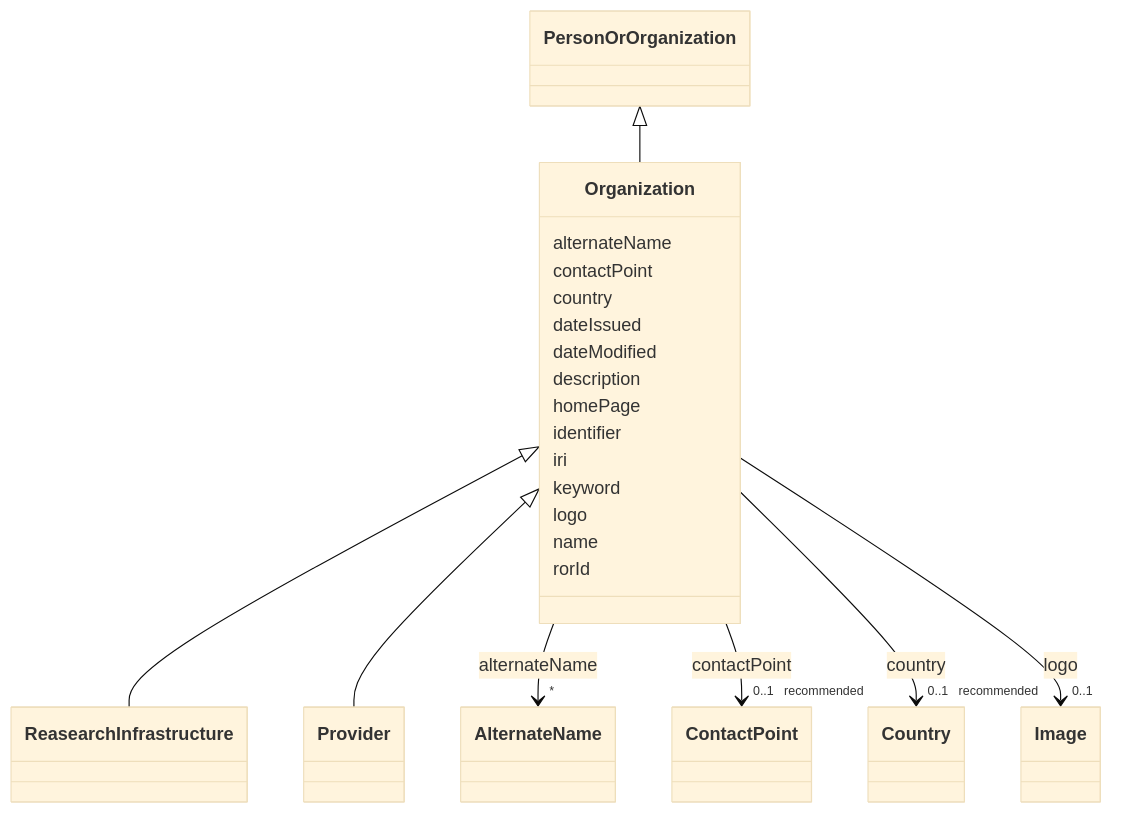
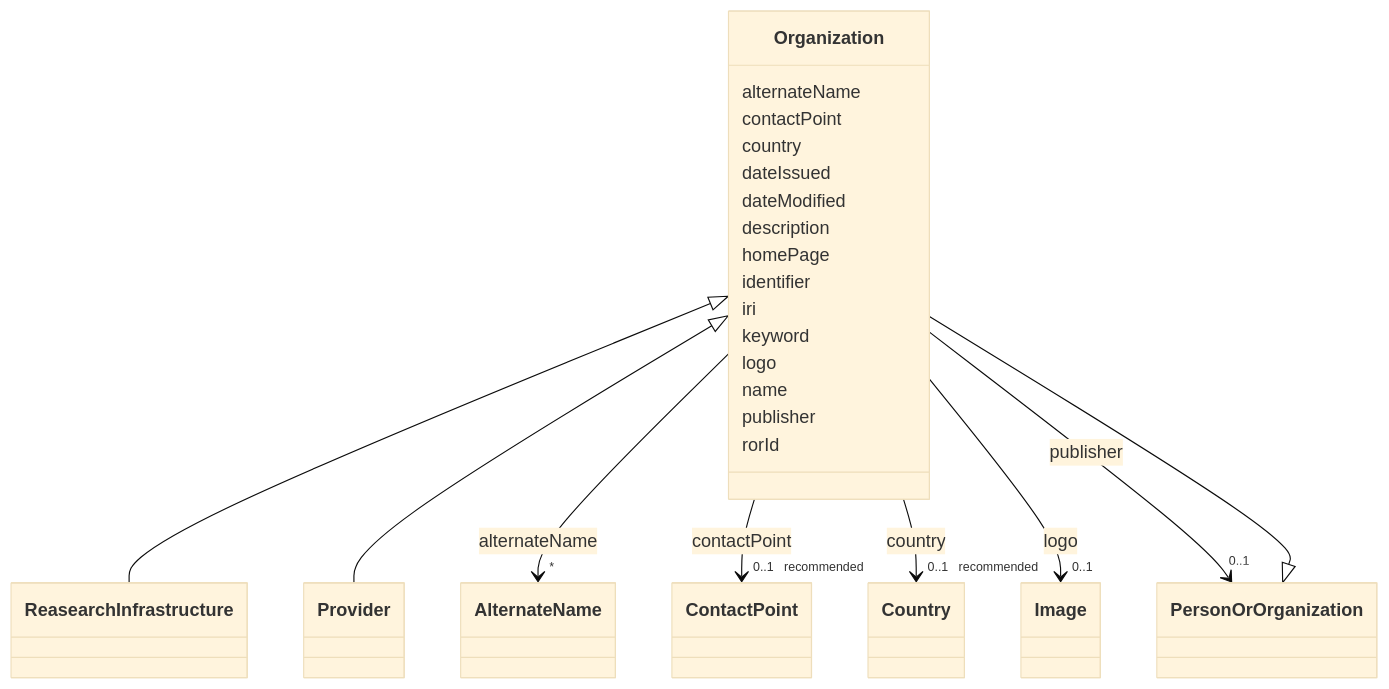
The diagram in models/docs/Organization.md (EVORA-project/evora-ontology), drawn with Mermaid (base theme) before and after one commit. The commit also changed other lines of this file and 468 other files, not shown here.

````diff
--- a/models/docs/Organization.md
+++ b/models/docs/Organization.md
@@ -19,70 +19,79 @@
 ```mermaid
  classDiagram
     class Organization
     click Organization href "../Organization"
       PersonOrOrganization <|-- Organization
         click PersonOrOrganization href "../PersonOrOrganization"
       
 
       Organization <|-- ReasearchInfrastructure
         click ReasearchInfrastructure href "../ReasearchInfrastructure"
       Organization <|-- Provider
         click Provider href "../Provider"
       
       
       Organization : alternateName
         
           
     
     
     Organization --> "*" AlternateName : alternateName
     click AlternateName href "../AlternateName"
 
         
       Organization : contactPoint
         
           
     
     
     Organization --> "0..1 _recommended_" ContactPoint : contactPoint
     click ContactPoint href "../ContactPoint"
 
         
       Organization : country
         
           
     
     
     Organization --> "0..1 _recommended_" Country : country
     click Country href "../Country"
 
         
       Organization : dateIssued
         
       Organization : dateModified
         
       Organization : description
         
       Organization : homePage
         
       Organization : identifier
         
       Organization : iri
         
       Organization : keyword
         
       Organization : logo
         
           
     
     
     Organization --> "0..1" Image : logo
     click Image href "../Image"
 
         
       Organization : name
         
+      Organization : publisher
+        
+          
+    
+    
+    Organization --> "0..1" PersonOrOrganization : publisher
+    click PersonOrOrganization href "../PersonOrOrganization"
+
+        
       Organization : rorId
         
       
 ```
````
